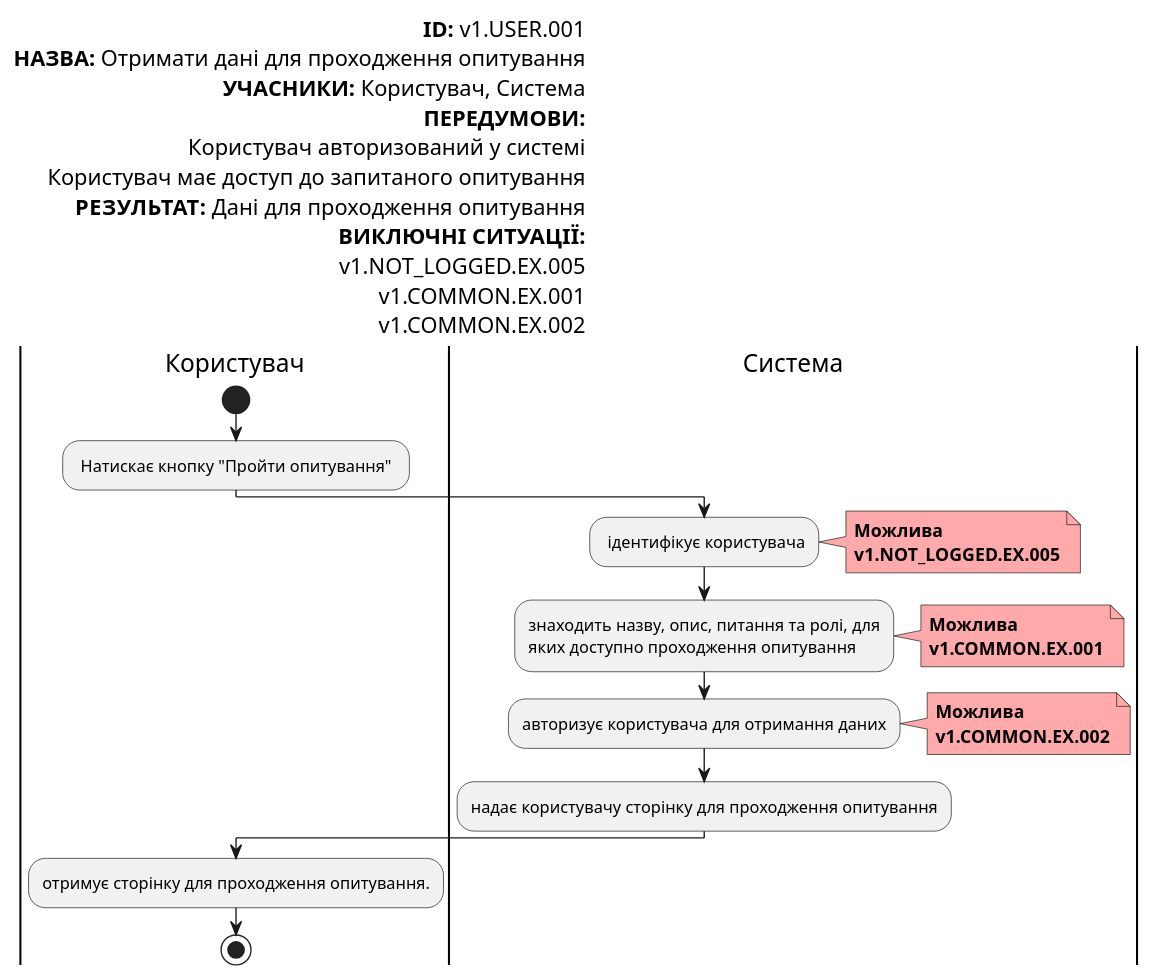
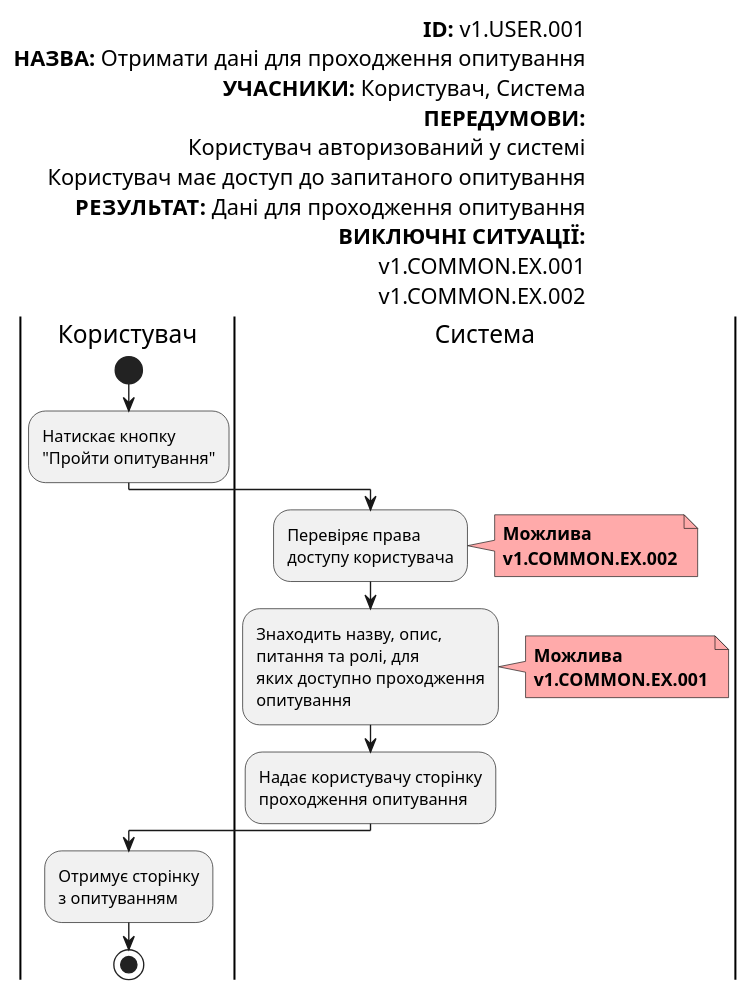
One commit to gurug-prog/survey-expert changed the seventh of 23 diagrams in docs/use-cases/README.md. Above: the diagram before and after it, drawn with PlantUML. The commit also changed other lines of this file and 3 other files, not shown here.

Commit message:
Improve diagrams

```diff
--- a/docs/use-cases/README.md
+++ b/docs/use-cases/README.md
@@ -217,51 +230,49 @@
   @startuml
 
       left header
            <font color=000 size=16><b>ID:</b> v1.USER.001
            <font color=000 size=16><b>НАЗВА:</b> Отримати дані для проходження опитування
            <font color=000 size=16><b>УЧАСНИКИ:</b> Користувач, Система
            <font color=000 size=16><b>ПЕРЕДУМОВИ:</b>
            <font color=000 size=16>Користувач авторизований у системі
            <font color=000 size=16>Користувач має доступ до запитаного опитування
            <font color=000 size=16><b>РЕЗУЛЬТАТ:</b> Дані для проходження опитування
            <font color=000 size=16><b>ВИКЛЮЧНІ СИТУАЦІЇ:</b>
-           <font color=000 size=16>v1.NOT_LOGGED.EX.005
            <font color=000 size=16>v1.COMMON.EX.001
            <font color=000 size=16>v1.COMMON.EX.002
        end header
 
        |Користувач|
            start
-           : Натискає кнопку "Пройти опитування" ;
+           :Натискає кнопку
+           "Пройти опитування";
 
        |Система|
-           : ідентифікує користувача;
+            :Перевіряє права
+            доступу користувача;
 
-           note right #ffaaaa
-           <b>Можлива</b>
-           <b>v1.NOT_LOGGED.EX.005</b>
-           end note
+            note right #ffaaaa
+            <b>Можлива</b>
+            <b>v1.COMMON.EX.002</b>
+            end note
 
-           :знаходить назву, опис, питання та ролі, для 
-           яких доступно проходження опитування;
+            :Знаходить назву, опис,
+            питання та ролі, для 
+            яких доступно проходження
+            опитування;
 
-           note right #ffaaaa
-           <b>Можлива</b>
-           <b>v1.COMMON.EX.001</b>
-           end note
+            note right #ffaaaa
+            <b>Можлива</b>
+            <b>v1.COMMON.EX.001</b>
+            end note
 
-           :авторизує користувача для отримання даних;
+            :Надає користувачу сторінку
+            проходження опитування;
 
-           note right #ffaaaa
-           <b>Можлива</b>
-           <b>v1.COMMON.EX.002</b>
-           end note
+        |Користувач|
 
-           :надає користувачу сторінку для проходження опитування;
-
-       |Користувач|
-
-       :отримує сторінку для проходження опитування.;
-           stop;
+            :Отримує сторінку
+            з опитуванням;
+            stop;
 
   @enduml
```
